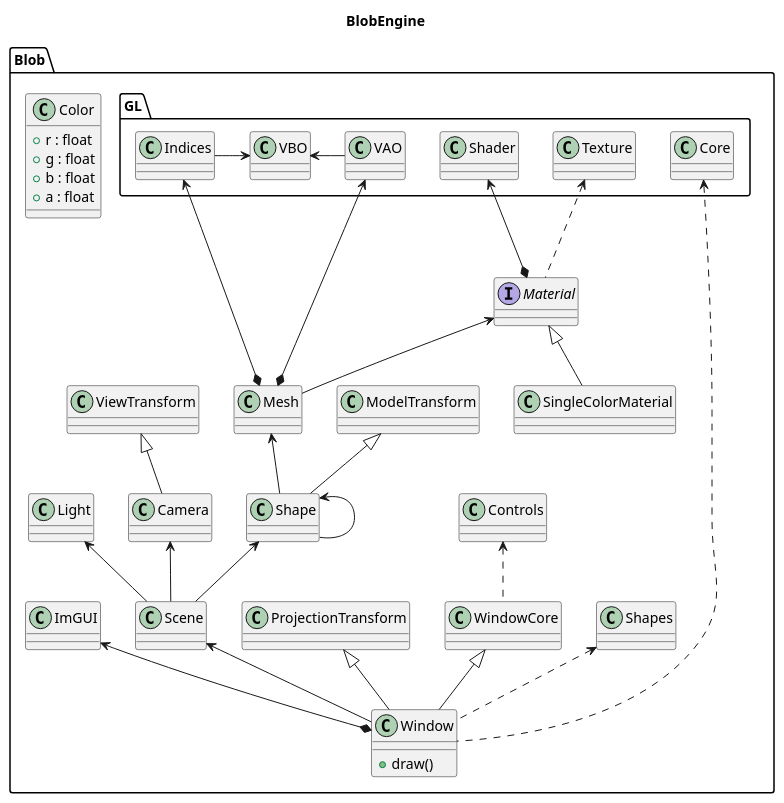
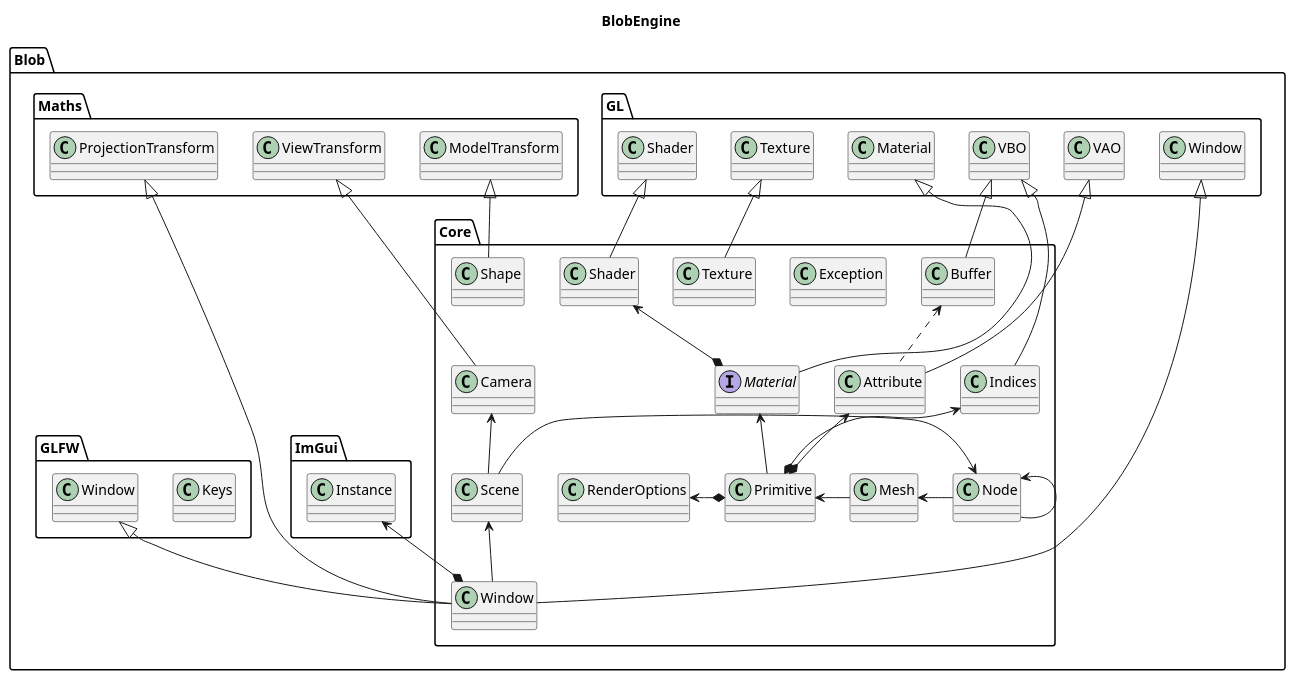
The first of 2 diagrams in include/Blob/UML.puml (alexdesaint/BlobEngine), drawn with PlantUML before and after one commit. The commit also changed 131 other files, not shown here.

```diff
--- a/include/Blob/UML.puml
+++ b/include/Blob/UML.puml
@@ -1,53 +1,78 @@
 @startuml
 title BlobEngine
 
 namespace Blob {
 
     namespace GL {
-        class Core {
-        }
-
-        'Core <.. Blob.Window
-        Core <.. Blob.Window
-        VAO <--* Blob.Mesh
-        Indices <--* Blob.Mesh
-        Texture <.. Blob.Material
-        Shader <--* Blob.Material
-        VBO <-right- VAO
-        VBO <-left- Indices
-    }
-    interface Material
-    Material <-- Mesh
-    Material <|-- SingleColorMaterial
-
-    Mesh <-- Shape
-    Shape -up-> Shape
-    Shape <-- Scene
-
-    Scene <-- Window
-    Camera <-- Scene
-    Light <-- Scene
-
-    ProjectionTransform <|-- Window
-
-    WindowCore <|-- Window
-
-    class Window {
-      + draw()
+        class Material {}
+        class VAO {}
+        class VBO {}
+        class Shader {}
+        class Window {}
+        class Texture {}
     }
 
-    ModelTransform <|-- Shape
+    namespace Core {
+        class Buffer {}
+        class Camera {}
+        class Exception {}
+        interface Material {}
+        class Mesh {}
+        class Primitive {}
+        class RenderOptions {}
+        class Scene {}
+        class Shader {}
+        class Node {}
+        class Texture {}
+        class Window {}
 
-    ViewTransform <|-- Camera
-    WindowCore .up.> Controls
-    Window .up.> Shapes
-    ImGUI <--* Window
+        class Indices {}
+        class Attribute {}
 
-    class Color {
-        +r : float
-        +g : float
-        +b : float
-        +a : float
+        Shader <--* Material
+        Buffer <.. Attribute
+        RenderOptions <-r-* Primitive
+        Attribute <--* Primitive
+        Indices <--* Primitive
+        Material <-- Primitive
+        Primitive <-r- Mesh
+        Mesh <-r- Node
+        Node <-- Node
+        Node <-r- Scene
+        Scene <-- Window
+
+        Camera <-- Scene
     }
+
+    .Blob.GL.Material <|-- .Blob.Core.Material
+    .Blob.GL.VBO <|-- .Blob.Core.Indices
+    .Blob.GL.VBO <|-- .Blob.Core.Buffer
+    .Blob.GL.VAO <|-- .Blob.Core.Attribute
+    .Blob.GL.Shader <|-- .Blob.Core.Shader
+    .Blob.GL.Window <|-- .Blob.Core.Window
+    .Blob.GL.Texture <|-- .Blob.Core.Texture
+
+    namespace Maths {
+        class ProjectionTransform {}
+        class ModelTransform {}
+        class ViewTransform {}
+    }
+
+    .Blob.Maths.ProjectionTransform <|-- .Blob.Core.Window
+    .Blob.Maths.ModelTransform <|-- .Blob.Core.Shape
+    .Blob.Maths.ViewTransform <|-- .Blob.Core.Camera
+
+    namespace ImGui {
+        class Instance {}
+    }
+
+    .Blob.ImGui.Instance <--* .Blob.Core.Window
+
+    namespace GLFW {
+        class Keys {}
+        class Window {}
+    }
+
+    .Blob.GLFW.Window <|-- .Blob.Core.Window
 }
 @enduml
```
